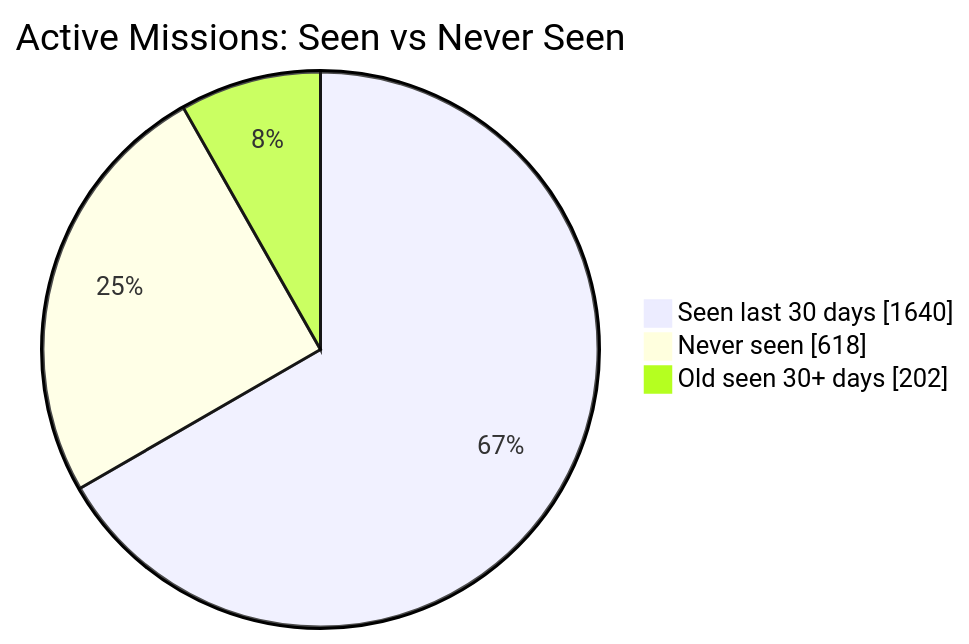
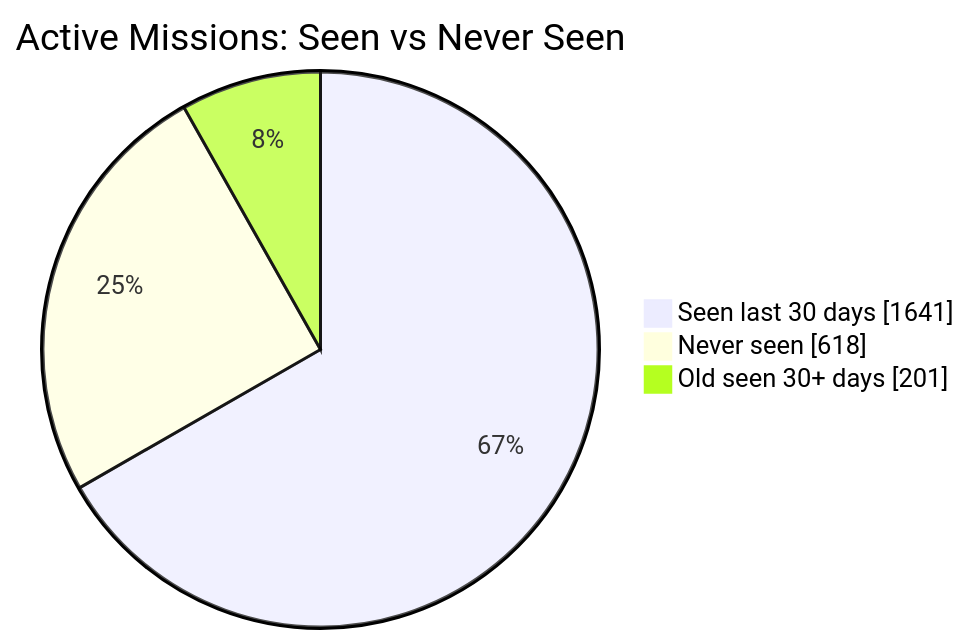
One commit to MeldkamerspelGameTeam/active-missions changed the first of 2 diagrams in README.md. Above: the diagram before and after it, drawn with Mermaid. The commit also changed other lines of this file and 3 other files, not shown here.

````diff
--- a/README.md
+++ b/README.md
@@ -34,7 +34,7 @@
 ```mermaid
 pie showData
     title Active Missions: Seen vs Never Seen
-    "Seen last 30 days" : 1640
+    "Seen last 30 days" : 1641
     "Never seen" : 618
-    "Old seen 30+ days" : 202
+    "Old seen 30+ days" : 201
 ```
````
